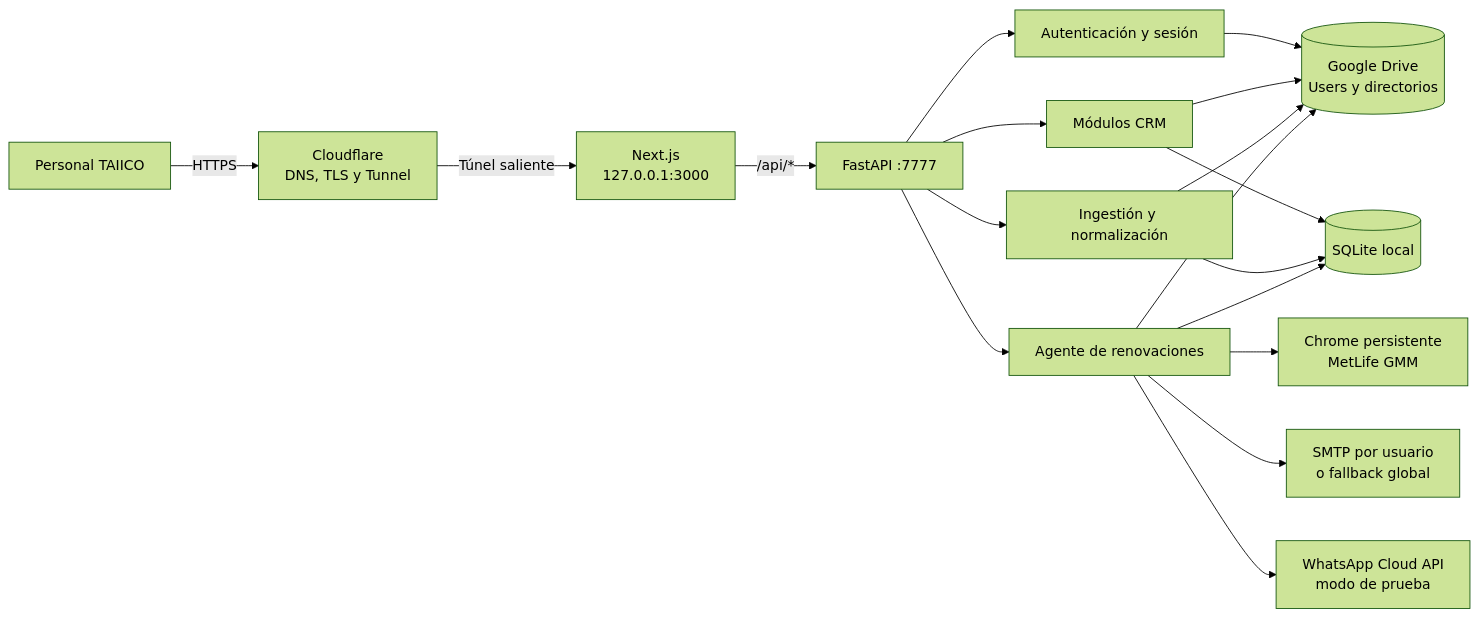
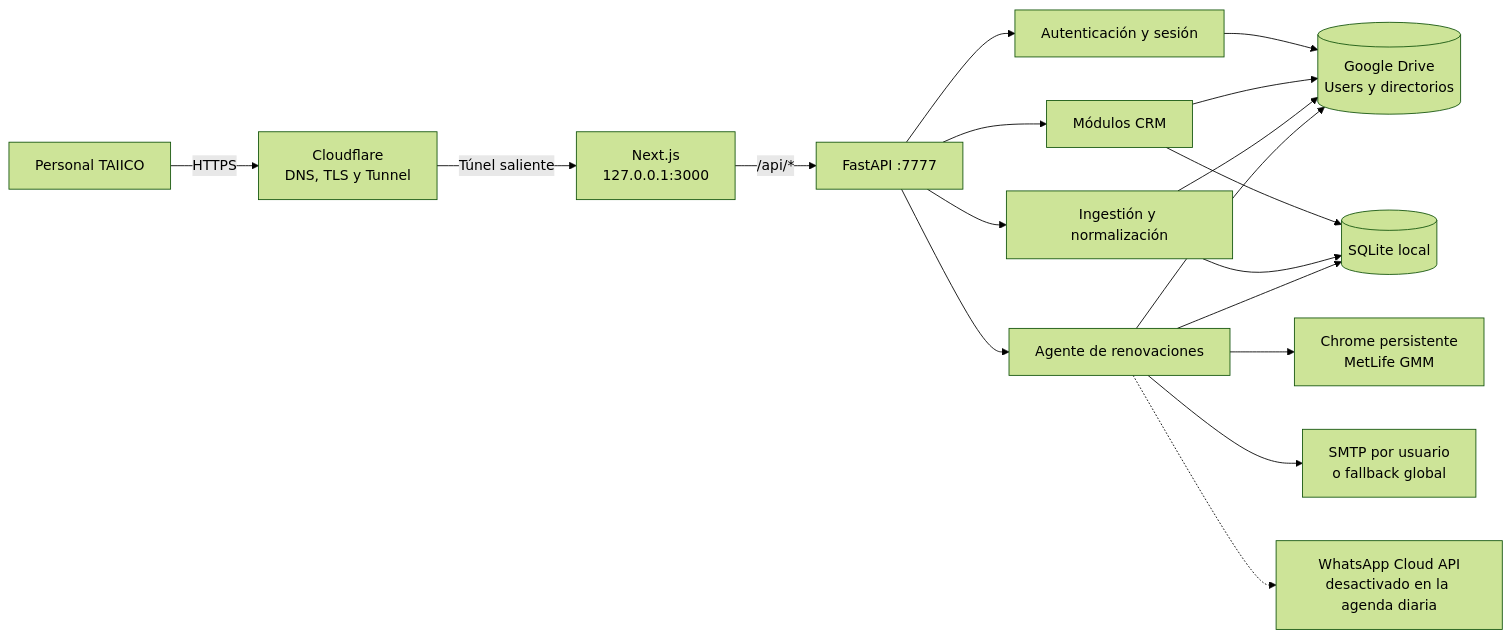
Before and after one commit to Plauto679/taiico-crm: the first of 2 diagrams in arquitectura.md, drawn with Mermaid (forest theme). The commit also changed other lines of this file and 5 other files, not shown here.

````diff
--- a/arquitectura.md
+++ b/arquitectura.md
@@ -23,24 +23,24 @@
 ```mermaid
 flowchart LR
     U[Personal TAIICO] -->|HTTPS| CF[Cloudflare<br/>DNS, TLS y Tunnel]
     CF -->|Túnel saliente| FE[Next.js<br/>127.0.0.1:3000]
     FE -->|/api/*| BE[FastAPI :7777]
 
     BE --> AUTH[Autenticación y sesión]
     BE --> CRM[Módulos CRM]
     BE --> ING[Ingestión y normalización]
     BE --> AG[Agente de renovaciones]
 
     AUTH --> GD[(Google Drive<br/>Users y directorios)]
     CRM --> GD
     ING --> GD
     AG --> GD
 
     CRM --> DB[(SQLite local)]
     ING --> DB
     AG --> DB
 
     AG --> CH[Chrome persistente<br/>MetLife GMM]
     AG --> SMTP[SMTP por usuario<br/>o fallback global]
-    AG --> WA[WhatsApp Cloud API<br/>modo de prueba]
+    AG -.-> WA[WhatsApp Cloud API<br/>desactivado en la agenda diaria]
 ```
````
